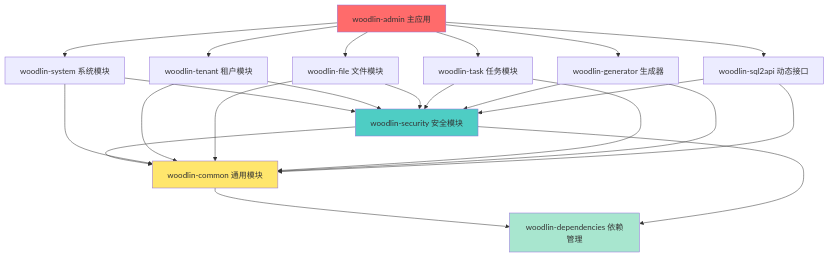
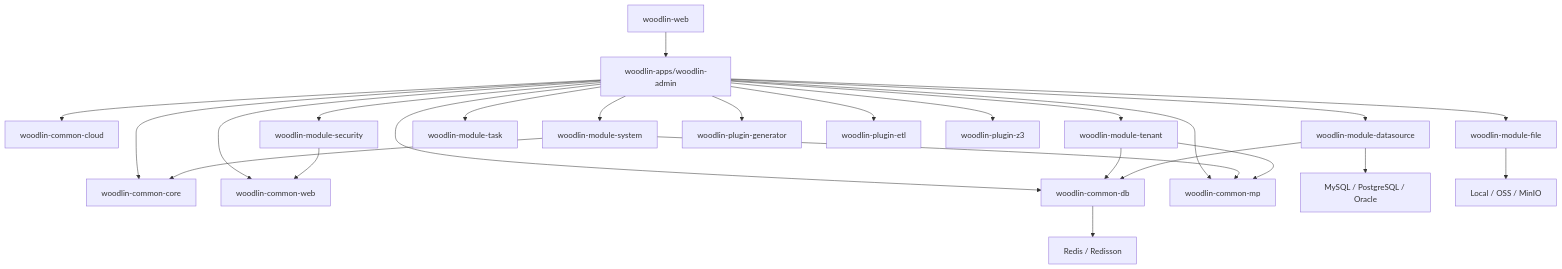
One commit to linyuliu/woodlin changed the first of 3 diagrams in documentation/docs/guide/architecture.md. Above: the diagram before and after it, drawn with Mermaid. The commit also changed other lines of this file and 562 other files, not shown here.

````diff
--- a/documentation/docs/guide/architecture.md
+++ b/documentation/docs/guide/architecture.md
@@ -230,45 +17,32 @@
 ```mermaid
 graph TB
-    Admin[woodlin-admin 主应用]
-    
-    System[woodlin-system 系统模块]
-    Tenant[woodlin-tenant 租户模块]
-    File[woodlin-file 文件模块]
-    Task[woodlin-task 任务模块]
-    Gen[woodlin-generator 生成器]
-    SQL[woodlin-sql2api 动态接口]
-    
-    Security[woodlin-security 安全模块]
-    Common[woodlin-common 通用模块]
-    Deps[woodlin-dependencies 依赖管理]
-    
-    Admin --> System
-    Admin --> Tenant
-    Admin --> File
-    Admin --> Task
-    Admin --> Gen
-    Admin --> SQL
-    
-    System --> Security
-    Tenant --> Security
-    File --> Security
-    Task --> Security
-    Gen --> Security
-    SQL --> Security
-    
-    Security --> Common
-    System --> Common
-    Tenant --> Common
-    File --> Common
-    Task --> Common
-    Gen --> Common
-    SQL --> Common
-    
-    Common --> Deps
-    Security --> Deps
-    
-    style Admin fill:#ff6b6b
-    style Security fill:#4ecdc4
-    style Common fill:#ffe66d
-    style Deps fill:#a8e6cf
+    Web["woodlin-web"] --> Admin["woodlin-apps/woodlin-admin"]
+
+    Admin --> CommonCore["woodlin-common-core"]
+    Admin --> CommonWeb["woodlin-common-web"]
+    Admin --> CommonDb["woodlin-common-db"]
+    Admin --> CommonMp["woodlin-common-mp"]
+    Admin --> CommonCloud["woodlin-common-cloud"]
+
+    Admin --> Security["woodlin-module-security"]
+    Admin --> System["woodlin-module-system"]
+    Admin --> Tenant["woodlin-module-tenant"]
+    Admin --> File["woodlin-module-file"]
+    Admin --> Task["woodlin-module-task"]
+    Admin --> Datasource["woodlin-module-datasource"]
+
+    Admin --> Generator["woodlin-plugin-generator"]
+    Admin --> Etl["woodlin-plugin-etl"]
+    Admin --> Z3["woodlin-plugin-z3"]
+
+    System --> CommonCore
+    Security --> CommonWeb
+    Tenant --> CommonDb
+    Datasource --> CommonDb
+    System --> CommonMp
+    Tenant --> CommonMp
+
+    Datasource --> Mysql["MySQL / PostgreSQL / Oracle"]
+    CommonDb --> Redis["Redis / Redisson"]
+    File --> Storage["Local / OSS / MinIO"]
 ```
````
